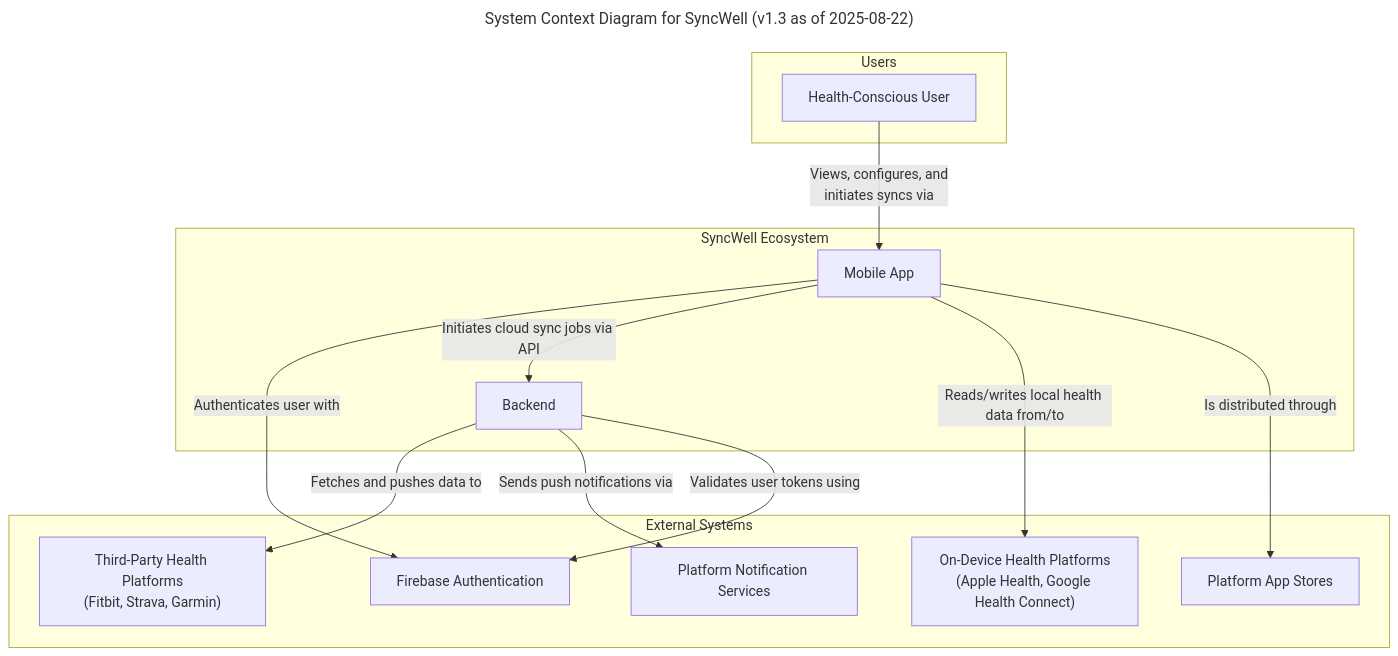
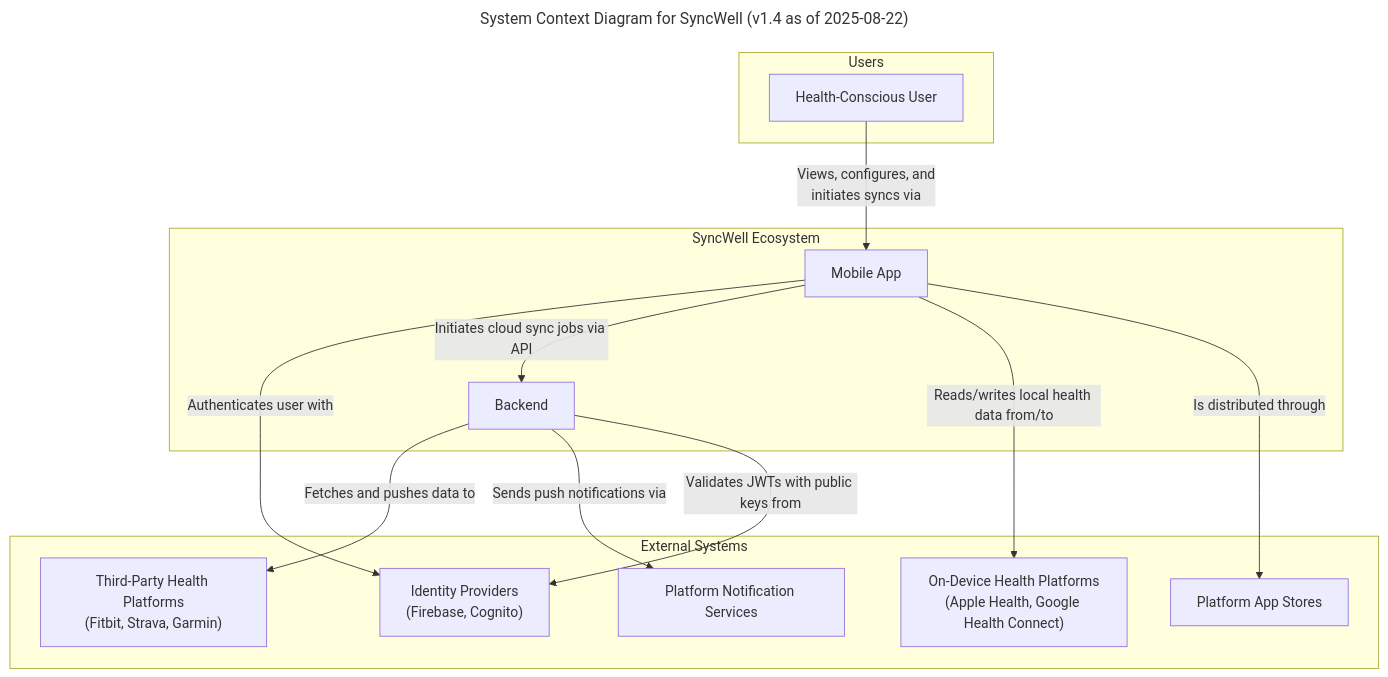
Before and after one commit to dino10bit/healthsync: the fifth of 12 diagrams in docs/architecture/06-technical-architecture.md, drawn with Mermaid. The commit also changed other lines of this file, not shown here.

Commit message:
Improve clarity and accuracy of architecture diagrams

````diff
--- a/docs/architecture/06-technical-architecture.md
+++ b/docs/architecture/06-technical-architecture.md
@@ -1065,31 +1065,31 @@
 ```mermaid
 ---
-title: "System Context Diagram for SyncWell (v1.3 as of 2025-08-22)"
+title: "System Context Diagram for SyncWell (v1.4 as of 2025-08-22)"
 ---
 graph TD
     subgraph SyncWell Ecosystem
         A[Mobile App]
         B[Backend]
     end
 
     subgraph Users
         C[Health-Conscious User]
     end
 
     subgraph External Systems
         D["Third-Party Health Platforms<br>(Fitbit, Strava, Garmin)"]
         D2["On-Device Health Platforms<br>(Apple Health, Google Health Connect)"]
         E[Platform App Stores]
         F[Platform Notification Services]
-        G[Firebase Authentication]
+        G["Identity Providers<br>(Firebase, Cognito)"]
     end
 
     C -- "Views, configures, and<br>initiates syncs via" --> A
     A -- "Authenticates user with" --> G
     A -- "Initiates cloud sync jobs via API" --> B
     A -- "Reads/writes local health data from/to" --> D2
     A -- "Is distributed through" --> E
     B -- "Fetches and pushes data to" --> D
     B -- "Sends push notifications via" --> F
-    B -- "Validates user tokens using" --> G
+    B -- "Validates JWTs with public keys from" --> G
 ```
````
